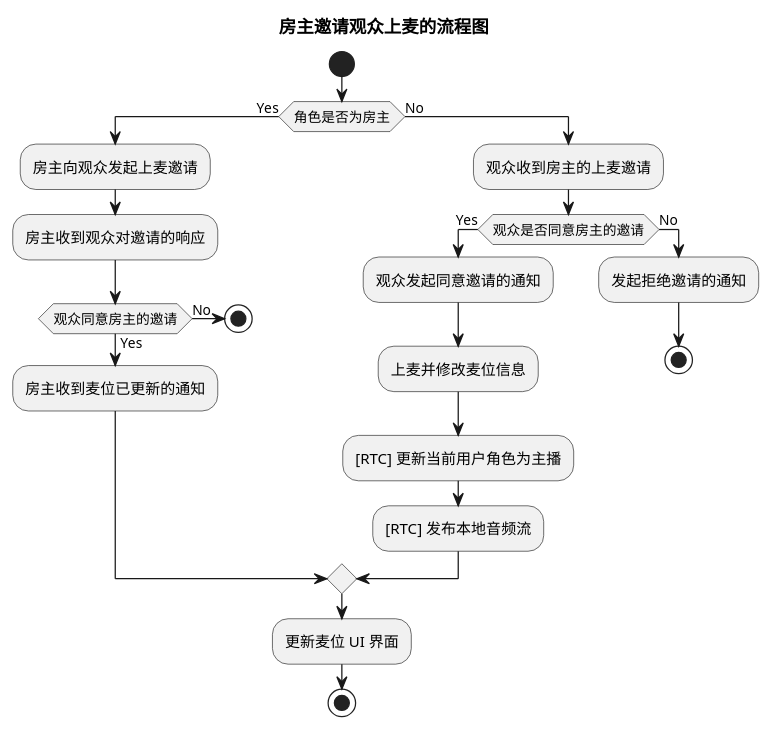
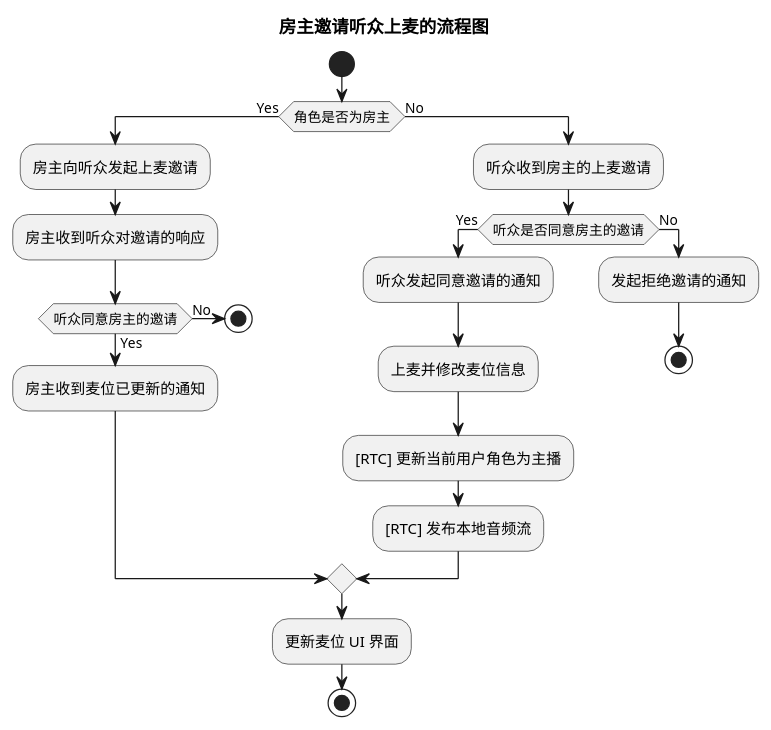
Before and after one commit to AgoraIO/agora_doc_source: the diagram in markdown/chatroom/02-房主邀请.wsd, drawn with PlantUML. The commit also changed 10 other files, not shown here.

```diff
--- a/markdown/chatroom/02-房主邀请.wsd
+++ b/markdown/chatroom/02-房主邀请.wsd
@@ -1,26 +1,26 @@
 @startuml
-title 房主邀请观众上麦的流程图
+title 房主邀请听众上麦的流程图
 start
 if (角色是否为房主) then (Yes)
-    :房主向观众发起上麦邀请;
-    :房主收到观众对邀请的响应;
-    if (观众同意房主的邀请) then (Yes)
+    :房主向听众发起上麦邀请;
+    :房主收到听众对邀请的响应;
+    if (听众同意房主的邀请) then (Yes)
     :房主收到麦位已更新的通知;
     else (No)
     stop
     endif
 else(No)
-    :观众收到房主的上麦邀请;
-    if (观众是否同意房主的邀请) then (Yes)
-    :观众发起同意邀请的通知;
+    :听众收到房主的上麦邀请;
+    if (听众是否同意房主的邀请) then (Yes)
+    :听众发起同意邀请的通知;
     :上麦并修改麦位信息;
     :[RTC] 更新当前用户角色为主播;
     :[RTC] 发布本地音频流;
     else (No)
     :发起拒绝邀请的通知;
     stop
     endif
 endif
 :更新麦位 UI 界面;
 stop
 @enduml
```
